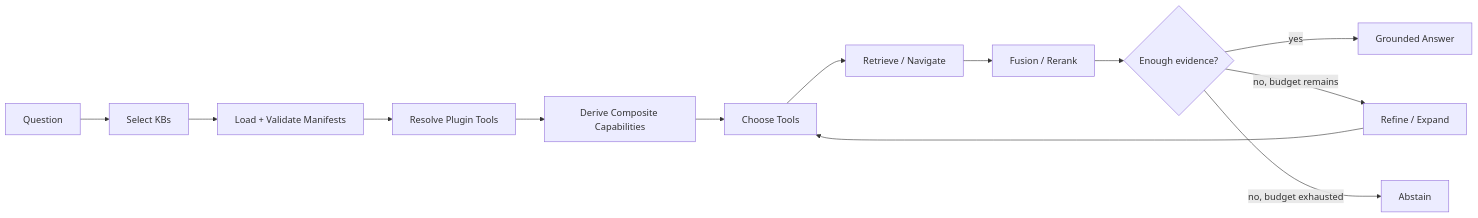
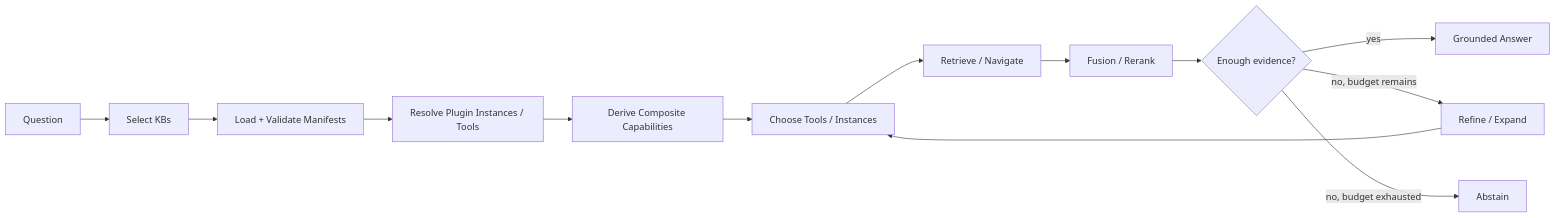
The third of 3 diagrams in README.md (ferryhe/agentic-kb-chat), drawn with Mermaid before and after one commit. The commit also changed other lines of this file, not shown here.

Commit message:
Add plugin instance identity for issue #2

````diff
--- a/README.md
+++ b/README.md
@@ -670,20 +698,20 @@
 ```mermaid
 flowchart LR
     Q[Question]
     ROUTE[Select KBs]
     M[Load + Validate Manifests]
-    CAP[Resolve Plugin Tools]
+    CAP[Resolve Plugin Instances / Tools]
     COMP[Derive Composite Capabilities]
-    PLAN[Choose Tools]
+    PLAN[Choose Tools / Instances]
     RET[Retrieve / Navigate]
     RR[Fusion / Rerank]
     SUF{Enough evidence?}
     RETRY[Refine / Expand]
     ANS[Grounded Answer]
     ABS[Abstain]
 
     Q --> ROUTE --> M --> CAP --> COMP --> PLAN --> RET --> RR --> SUF
     SUF -->|yes| ANS
     SUF -->|no, budget remains| RETRY --> PLAN
     SUF -->|no, budget exhausted| ABS
 ```
````
